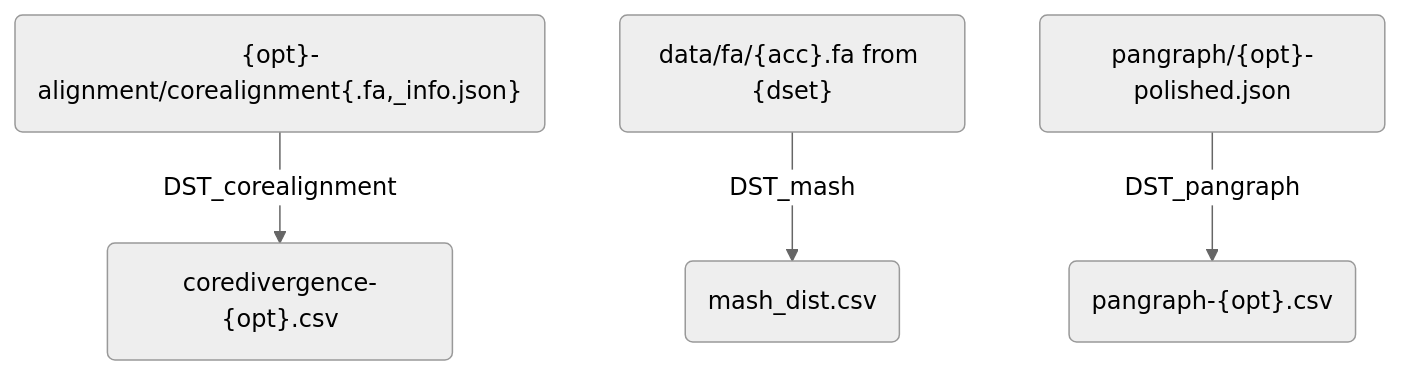
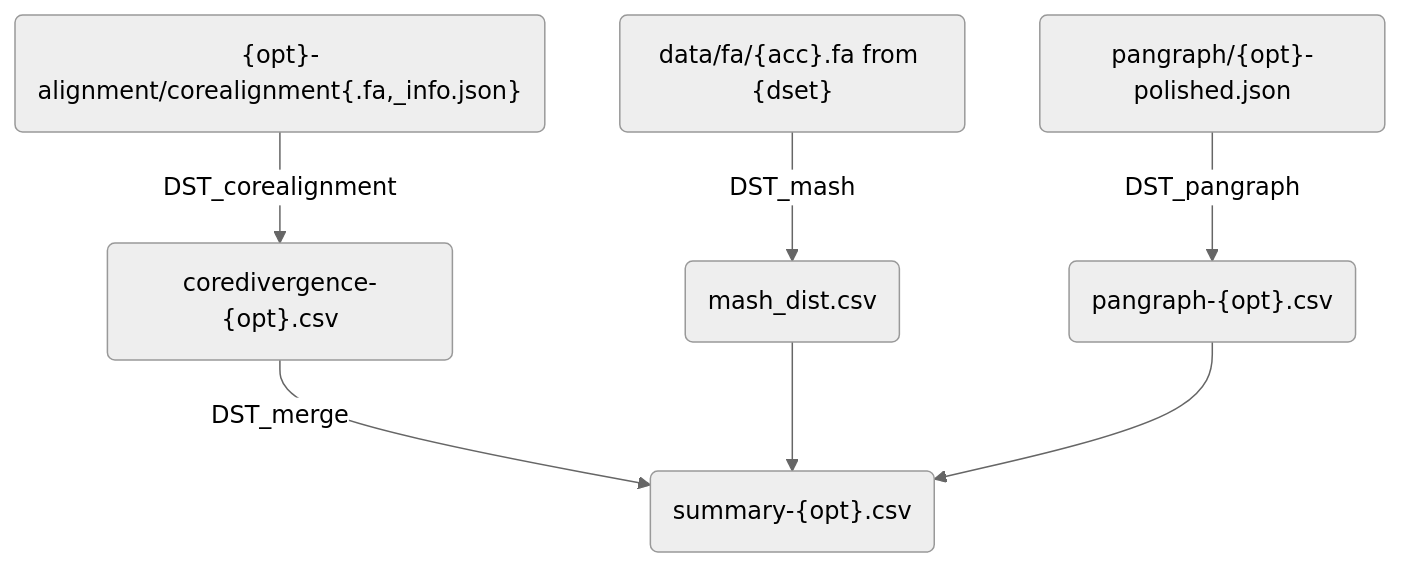
One commit to mmolari/ecoliST131-structural-evo changed the third of 3 diagrams in notes/01_workflow_description.md. Above: the diagram before and after it, drawn with Mermaid (neutral theme). The commit also changed other lines of this file and 2 other files, not shown here.

Commit message:
feat: merge distances

````diff
--- a/notes/01_workflow_description.md
+++ b/notes/01_workflow_description.md
@@ -36,6 +36,9 @@
 ```mermaid
 flowchart TD
     A("{opt}-alignment/corealignment{.fa,_info.json}") --> |DST_corealignment| B("coredivergence-{opt}.csv")
     C("data/fa/{acc}.fa from {dset}") --> |DST_mash| D("mash_dist.csv")
     E("pangraph/{opt}-polished.json") --> |DST_pangraph| F("pangraph-{opt}.csv")
+    B --> |DST_merge| G("summary-{opt}.csv")
+    D --> G
+    F --> G
 ```
````
